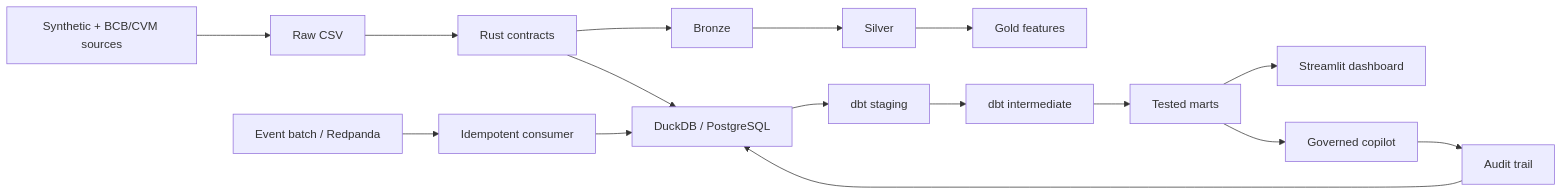
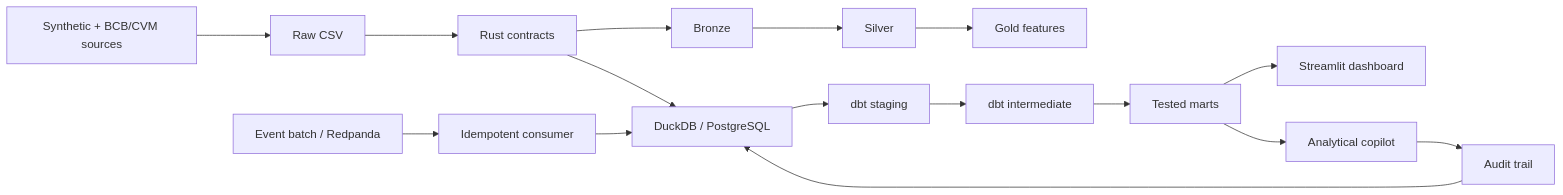
The diagram in README.md (DanielBBrasileiro/finbank-risk-lakehouse), drawn with Mermaid before and after one commit. The commit also changed other lines of this file and 7 other files, not shown here.

````diff
--- a/README.md
+++ b/README.md
@@ -28,18 +28,18 @@
 ```mermaid
 flowchart LR
     S["Synthetic + BCB/CVM sources"] --> R["Raw CSV"]
     R --> V["Rust contracts"]
     V --> B["Bronze"]
     B --> SI["Silver"]
     SI --> G["Gold features"]
     V --> W["DuckDB / PostgreSQL"]
     W --> D["dbt staging"]
     D --> I["dbt intermediate"]
     I --> M["Tested marts"]
     M --> UI["Streamlit dashboard"]
-    M --> AI["Governed copilot"]
+    M --> AI["Analytical copilot"]
     E["Event batch / Redpanda"] --> C["Idempotent consumer"]
     C --> W
     AI --> A["Audit trail"]
     A --> W
 ```
````
